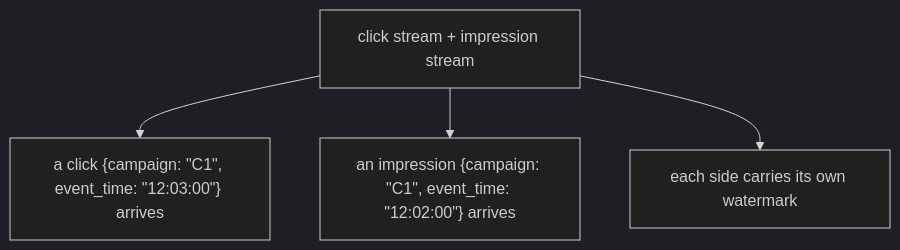
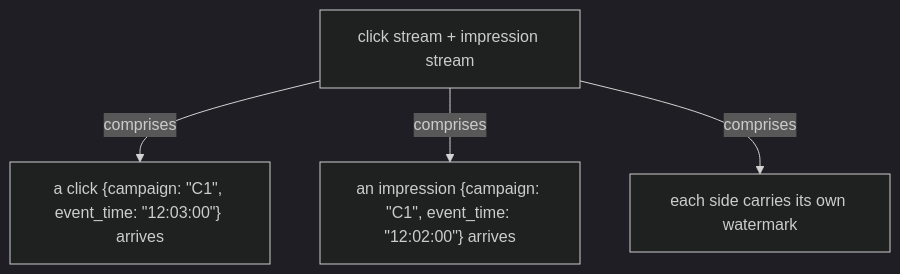
One commit to vinayakuber/streaming-systems-study-guide changed the fourth of 19 diagrams in docs/ch09-streaming-joins.md. Above: the diagram before and after it, drawn with Mermaid (dark theme). The commit also changed other lines of this file and 22 other files, not shown here.

First line of the commit message:
R18: label every diagram arrow with its meaning

````diff
--- a/docs/ch09-streaming-joins.md
+++ b/docs/ch09-streaming-joins.md
@@ -143,7 +143,7 @@
 ```mermaid
 flowchart TD
   R["click stream + impression stream"]
-  R --> P0["a click {campaign: #quot;C1#quot;, event_time: #quot;12:03:00#quot;} arrives"]
-  R --> P1["an impression {campaign: #quot;C1#quot;, event_time: #quot;12:02:00#quot;} arrives"]
-  R --> P2["each side carries its own watermark"]
+  R -->|"comprises"| P0["a click {campaign: #quot;C1#quot;, event_time: #quot;12:03:00#quot;} arrives"]
+  R -->|"comprises"| P1["an impression {campaign: #quot;C1#quot;, event_time: #quot;12:02:00#quot;} arrives"]
+  R -->|"comprises"| P2["each side carries its own watermark"]
 ```
````
